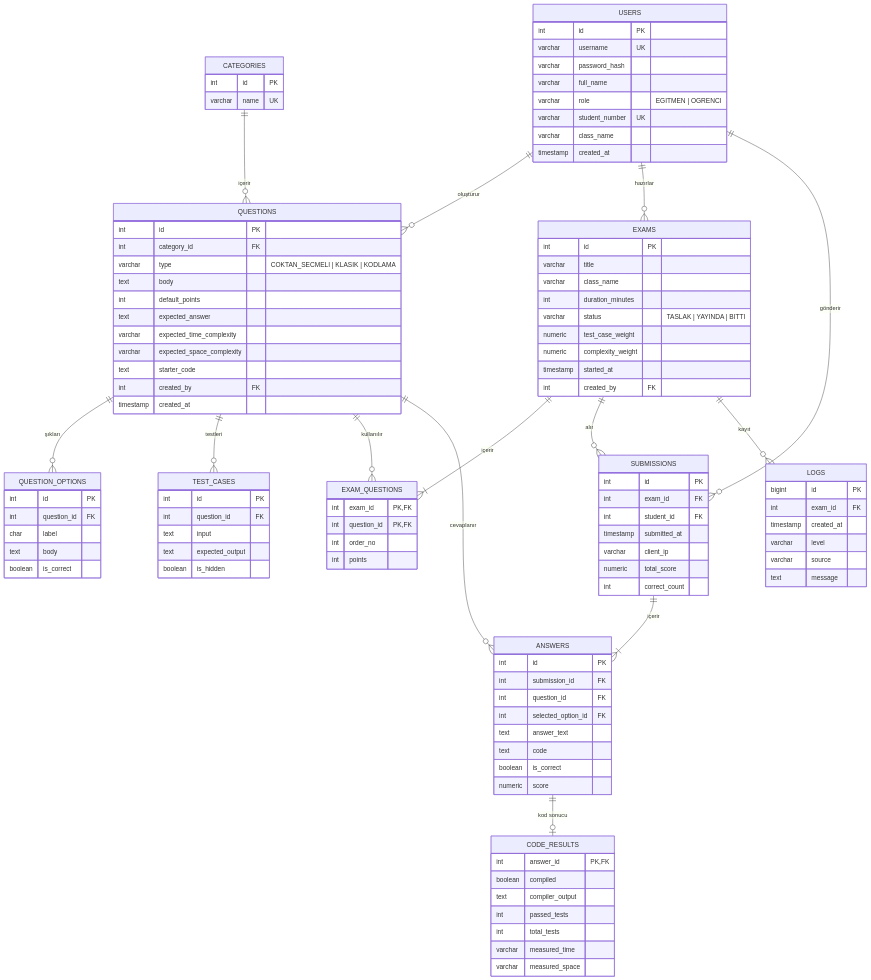
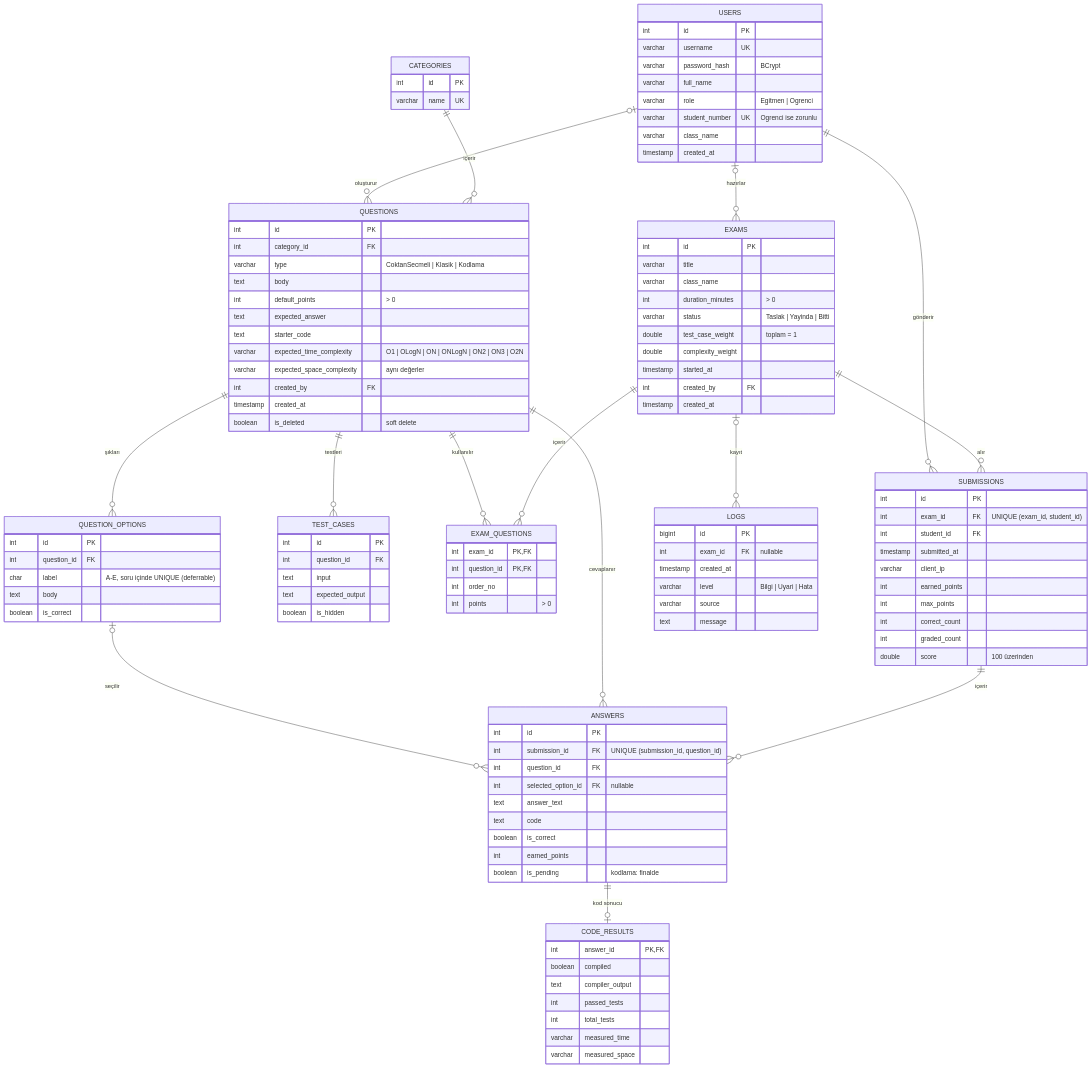
The diagram in docs/diagrams/03-er.mmd (mevlut-akilinc/YazillimGelistirme-I), drawn with Mermaid before and after one commit. The commit also changed 5 other files, not shown here.

First line of the commit message:
docs: KURULUM.md, README ve ER diyagramı veritabanı ile güncellendi

```diff
--- a/docs/diagrams/03-er.mmd
+++ b/docs/diagrams/03-er.mmd
@@ -1,109 +1,116 @@
 erDiagram
     USERS {
         int id PK
         varchar username UK
-        varchar password_hash
+        varchar password_hash "BCrypt"
         varchar full_name
-        varchar role "EGITMEN | OGRENCI"
-        varchar student_number UK
+        varchar role "Egitmen | Ogrenci"
+        varchar student_number UK "Ogrenci ise zorunlu"
         varchar class_name
         timestamp created_at
     }
     CATEGORIES {
         int id PK
         varchar name UK
     }
     QUESTIONS {
         int id PK
         int category_id FK
-        varchar type "COKTAN_SECMELI | KLASIK | KODLAMA"
+        varchar type "CoktanSecmeli | Klasik | Kodlama"
         text body
-        int default_points
+        int default_points "> 0"
         text expected_answer
-        varchar expected_time_complexity
-        varchar expected_space_complexity
         text starter_code
+        varchar expected_time_complexity "O1 | OLogN | ON | ONLogN | ON2 | ON3 | O2N"
+        varchar expected_space_complexity "aynı değerler"
         int created_by FK
         timestamp created_at
+        boolean is_deleted "soft delete"
     }
     QUESTION_OPTIONS {
         int id PK
         int question_id FK
-        char label
+        char label "A-E, soru içinde UNIQUE (deferrable)"
         text body
         boolean is_correct
     }
     TEST_CASES {
         int id PK
         int question_id FK
         text input
         text expected_output
         boolean is_hidden
     }
     EXAMS {
         int id PK
         varchar title
         varchar class_name
-        int duration_minutes
-        varchar status "TASLAK | YAYINDA | BITTI"
-        numeric test_case_weight
-        numeric complexity_weight
+        int duration_minutes "> 0"
+        varchar status "Taslak | Yayinda | Bitti"
+        double test_case_weight "toplam = 1"
+        double complexity_weight
         timestamp started_at
         int created_by FK
+        timestamp created_at
     }
     EXAM_QUESTIONS {
         int exam_id PK, FK
         int question_id PK, FK
         int order_no
-        int points
+        int points "> 0"
     }
     SUBMISSIONS {
         int id PK
-        int exam_id FK
+        int exam_id FK "UNIQUE (exam_id, student_id)"
         int student_id FK
         timestamp submitted_at
         varchar client_ip
-        numeric total_score
+        int earned_points
+        int max_points
         int correct_count
+        int graded_count
+        double score "100 üzerinden"
     }
     ANSWERS {
         int id PK
-        int submission_id FK
+        int submission_id FK "UNIQUE (submission_id, question_id)"
         int question_id FK
-        int selected_option_id FK
+        int selected_option_id FK "nullable"
         text answer_text
         text code
         boolean is_correct
-        numeric score
+        int earned_points
+        boolean is_pending "kodlama: finalde"
     }
     CODE_RESULTS {
         int answer_id PK, FK
         boolean compiled
         text compiler_output
         int passed_tests
         int total_tests
         varchar measured_time
         varchar measured_space
     }
     LOGS {
         bigint id PK
-        int exam_id FK
+        int exam_id FK "nullable"
         timestamp created_at
-        varchar level
+        varchar level "Bilgi | Uyari | Hata"
         varchar source
         text message
     }
 
     CATEGORIES ||--o{ QUESTIONS : "içerir"
-    USERS ||--o{ QUESTIONS : "oluşturur"
+    USERS |o--o{ QUESTIONS : "oluşturur"
     QUESTIONS ||--o{ QUESTION_OPTIONS : "şıkları"
     QUESTIONS ||--o{ TEST_CASES : "testleri"
-    USERS ||--o{ EXAMS : "hazırlar"
-    EXAMS ||--|{ EXAM_QUESTIONS : "içerir"
+    USERS |o--o{ EXAMS : "hazırlar"
+    EXAMS ||--o{ EXAM_QUESTIONS : "içerir"
     QUESTIONS ||--o{ EXAM_QUESTIONS : "kullanılır"
     EXAMS ||--o{ SUBMISSIONS : "alır"
     USERS ||--o{ SUBMISSIONS : "gönderir"
-    SUBMISSIONS ||--|{ ANSWERS : "içerir"
+    SUBMISSIONS ||--o{ ANSWERS : "içerir"
     QUESTIONS ||--o{ ANSWERS : "cevaplanır"
+    QUESTION_OPTIONS |o--o{ ANSWERS : "seçilir"
     ANSWERS ||--o| CODE_RESULTS : "kod sonucu"
-    EXAMS ||--o{ LOGS : "kayıt"
+    EXAMS |o--o{ LOGS : "kayıt"
```
